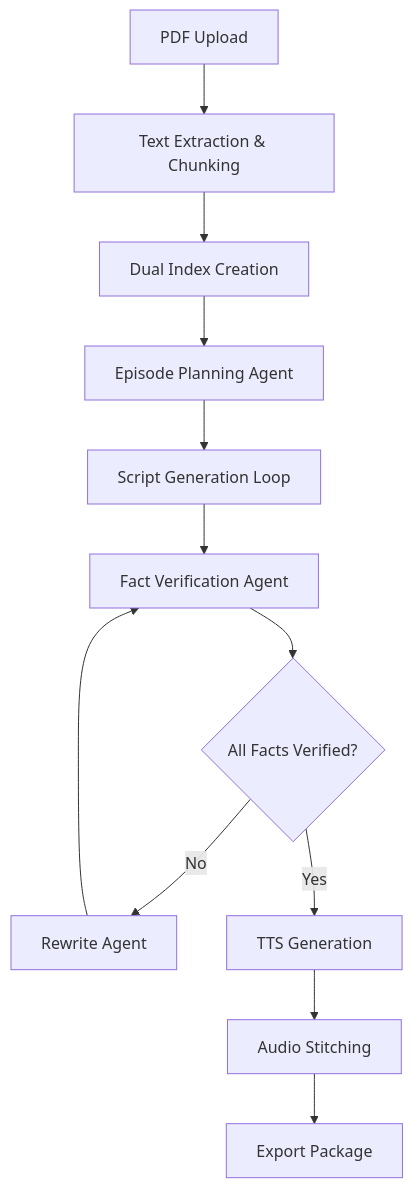
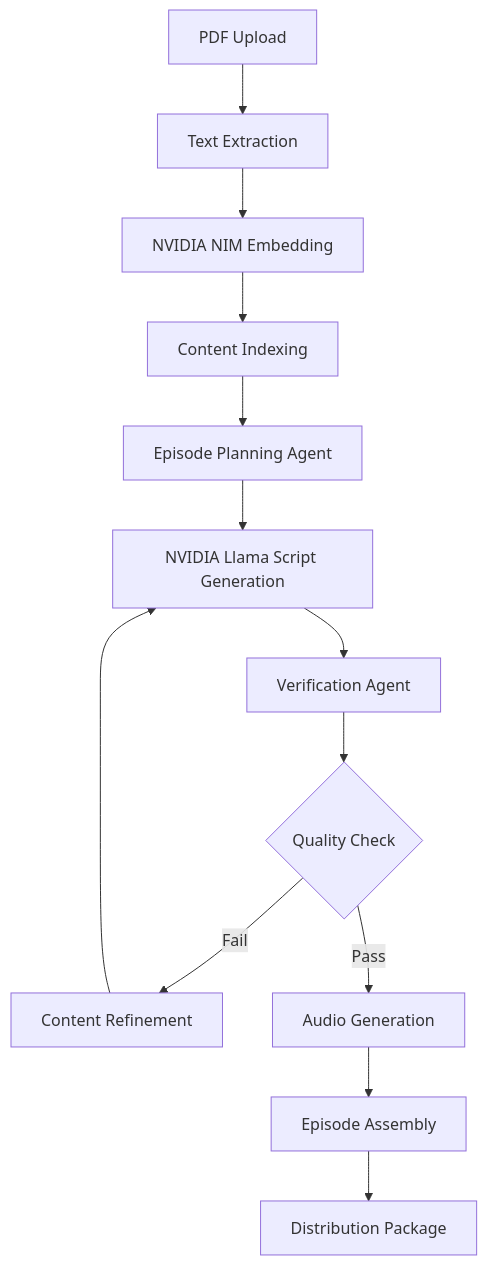
The diagram in README.md (kesavn-13/Podcast_Gen), drawn with Mermaid before and after one commit. The commit also changed other lines of this file and 126 other files, not shown here.

````diff
--- a/README.md
+++ b/README.md
@@ -136,14 +118,15 @@
 ```mermaid
 graph TD
-    A[PDF Upload] --> B[Text Extraction & Chunking]
-    B --> C[Dual Index Creation]
-    C --> D[Episode Planning Agent]
-    D --> E[Script Generation Loop]
-    E --> F[Fact Verification Agent]
-    F --> G{All Facts Verified?}
-    G -->|No| H[Rewrite Agent]
-    H --> F
-    G -->|Yes| I[TTS Generation]
-    I --> J[Audio Stitching]
-    J --> K[Export Package]
+    A[PDF Upload] --> B[Text Extraction]
+    B --> C[NVIDIA NIM Embedding]
+    C --> D[Content Indexing]
+    D --> E[Episode Planning Agent]
+    E --> F[NVIDIA Llama Script Generation]
+    F --> G[Verification Agent]
+    G --> H{Quality Check}
+    H -->|Fail| I[Content Refinement]
+    I --> F
+    H -->|Pass| J[Audio Generation]
+    J --> K[Episode Assembly]
+    K --> L[Distribution Package]
 ```
````
